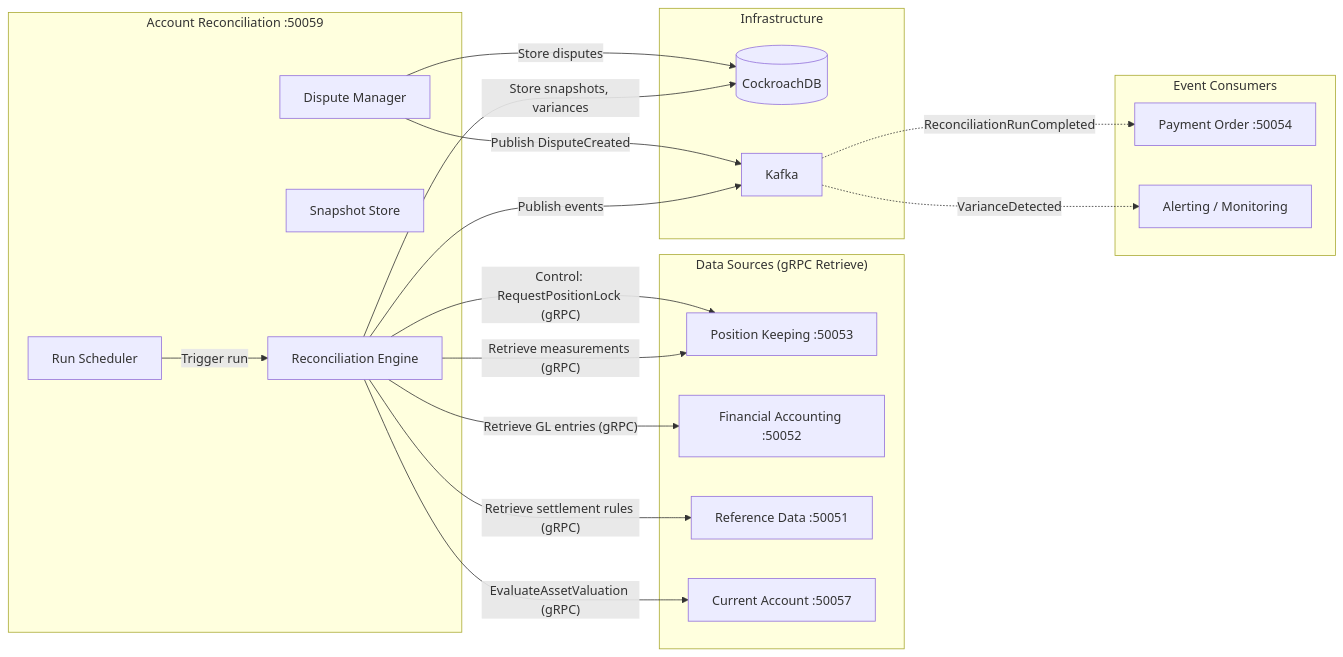
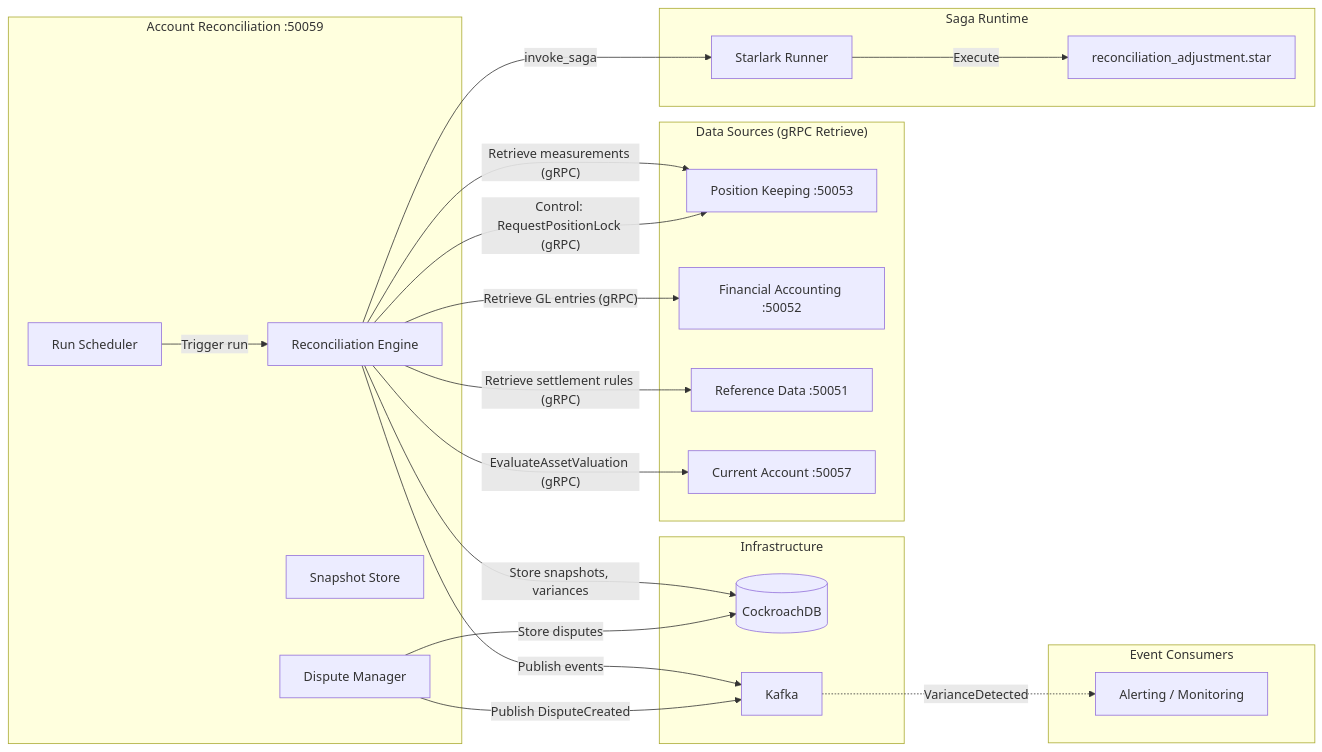
One commit to meridianhub/meridian changed the first of 3 diagrams in docs/prd/reconciliation-service.md. Above: the diagram before and after it, drawn with Mermaid. The commit also changed other lines of this file, not shown here.

First line of the commit message:
docs: address architecture review feedback on reconciliation PRD

````diff
--- a/docs/prd/reconciliation-service.md
+++ b/docs/prd/reconciliation-service.md
@@ -244,41 +246,46 @@
 ```mermaid
 flowchart LR
     subgraph Reconciliation["Account Reconciliation :50059"]
         Scheduler["Run Scheduler"]
         Engine["Reconciliation Engine"]
         SnapshotStore["Snapshot Store"]
         DisputeMgr["Dispute Manager"]
     end
 
     subgraph Upstream["Data Sources (gRPC Retrieve)"]
         PK["Position Keeping :50053"]
         FA["Financial Accounting :50052"]
         RD["Reference Data :50051"]
         CA["Current Account :50057"]
     end
 
+    subgraph Saga["Saga Runtime"]
+        SagaRunner["Starlark Runner"]
+        SagaDef["reconciliation_adjustment.star"]
+    end
+
     subgraph Downstream["Event Consumers"]
-        PO["Payment Order :50054"]
         Alerting["Alerting / Monitoring"]
     end
 
     subgraph Infra["Infrastructure"]
         DB[("CockroachDB")]
         Kafka["Kafka"]
     end
 
     Scheduler -->|"Trigger run"| Engine
     Engine -->|"Retrieve measurements (gRPC)"| PK
     Engine -->|"Retrieve GL entries (gRPC)"| FA
     Engine -->|"Retrieve settlement rules (gRPC)"| RD
     Engine -->|"EvaluateAssetValuation (gRPC)"| CA
     Engine -->|"Control: RequestPositionLock (gRPC)"| PK
     Engine -->|"Store snapshots, variances"| DB
     Engine -->|"Publish events"| Kafka
+    Engine -->|"invoke_saga"| SagaRunner
+    SagaRunner -->|"Execute"| SagaDef
 
-    Kafka -.->|"ReconciliationRunCompleted"| PO
     Kafka -.->|"VarianceDetected"| Alerting
 
     DisputeMgr -->|"Store disputes"| DB
     DisputeMgr -->|"Publish DisputeCreated"| Kafka
 ```
````
